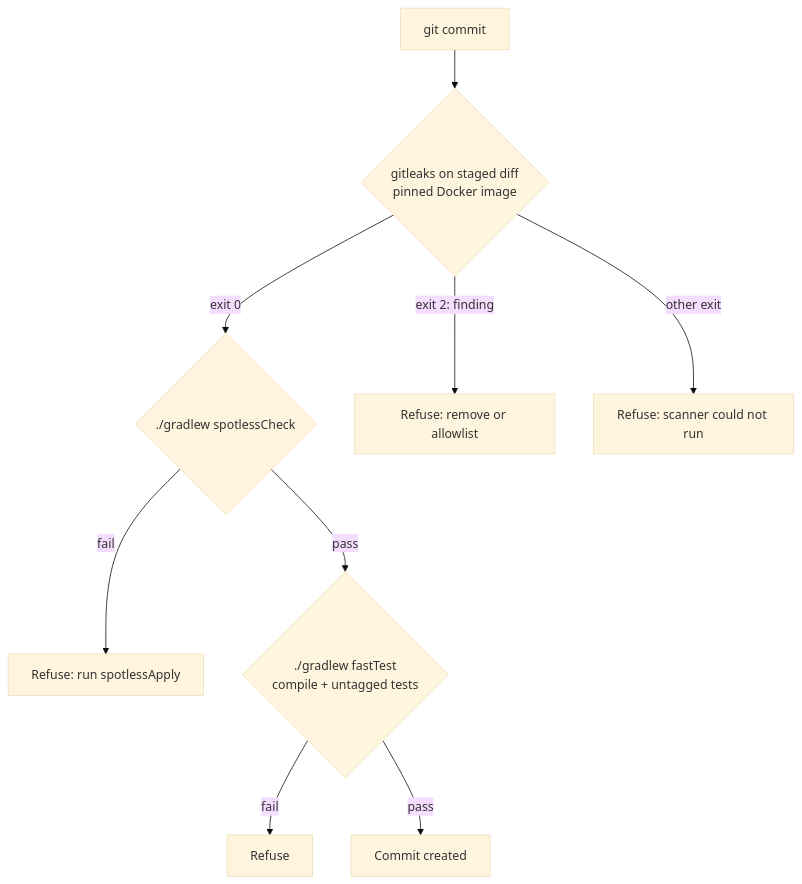
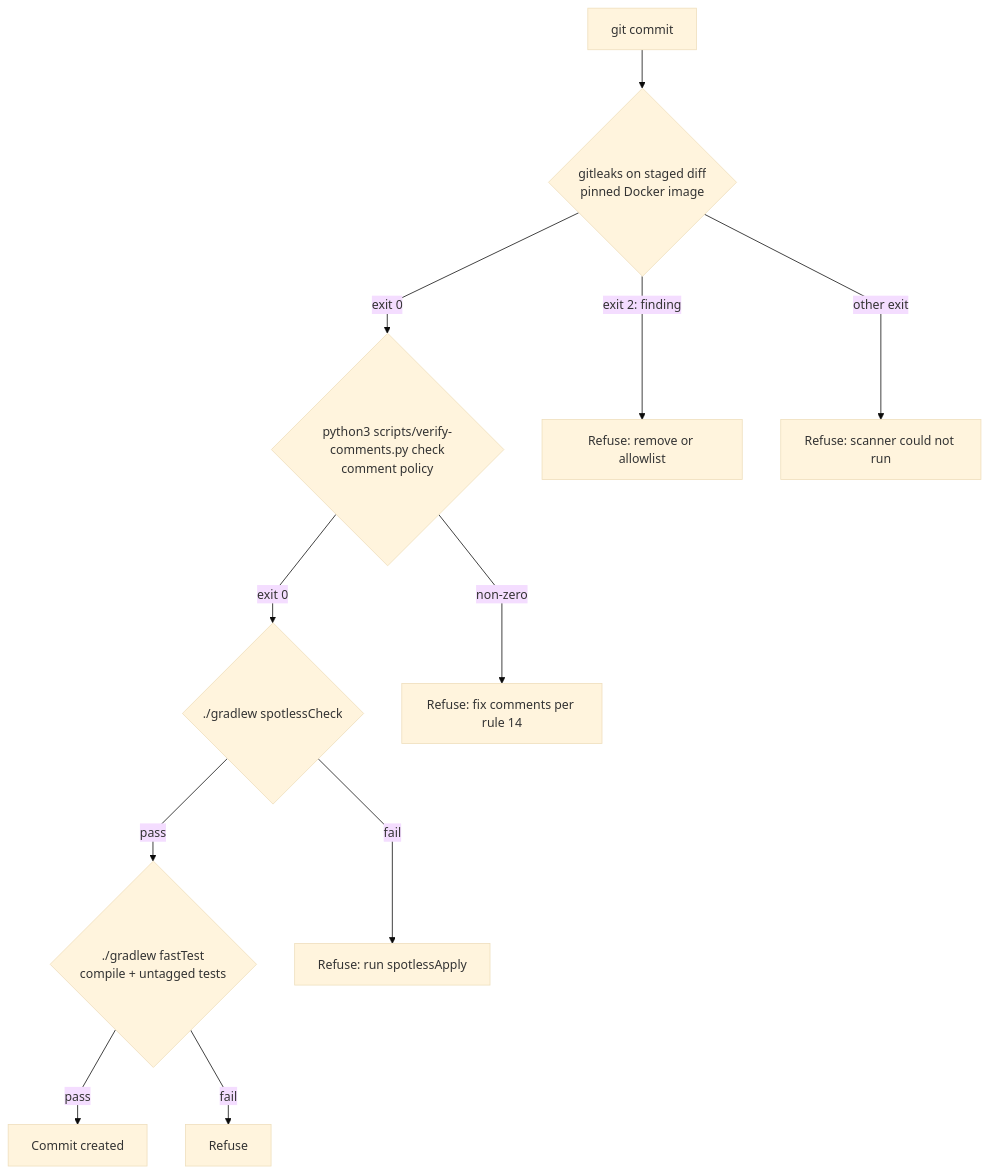
The diagram in docs/learning/09-build-quality-and-ci.md (RudVlad473/kanban-board-backend), drawn with Mermaid (base theme) before and after one commit. The commit also changed other lines of this file and 6 other files, not shown here.

First line of the commit message:
docs(quick-261005-sun): verify and fix the kept learning-guide diagrams

````diff
--- a/docs/learning/09-build-quality-and-ci.md
+++ b/docs/learning/09-build-quality-and-ci.md
@@ -427,11 +427,14 @@
 ```mermaid
-flowchart TD
+%%{init: {"flowchart": {"subGraphTitleMargin": {"top": 15, "bottom": 15}, "curve": "linear"}}}%%
+flowchart TB
     A[git commit] --> B{gitleaks on staged diff<br/>pinned Docker image}
-    B -- exit 0 --> C{./gradlew spotlessCheck}
+    B -- exit 0 --> P{python3 scripts/verify-comments.py check<br/>comment policy}
     B -- exit 2: finding --> R1[Refuse: remove or allowlist]
     B -- other exit --> R2[Refuse: scanner could not run]
+    P -- exit 0 --> C{./gradlew spotlessCheck}
+    P -- non-zero --> R5[Refuse: fix comments per rule 14]
+    C -- pass --> D{./gradlew fastTest<br/>compile + untagged tests}
     C -- fail --> R3[Refuse: run spotlessApply]
-    C -- pass --> D{./gradlew fastTest<br/>compile + untagged tests}
+    D -- pass --> E[Commit created]
     D -- fail --> R4[Refuse]
-    D -- pass --> E[Commit created]
 ```
````
